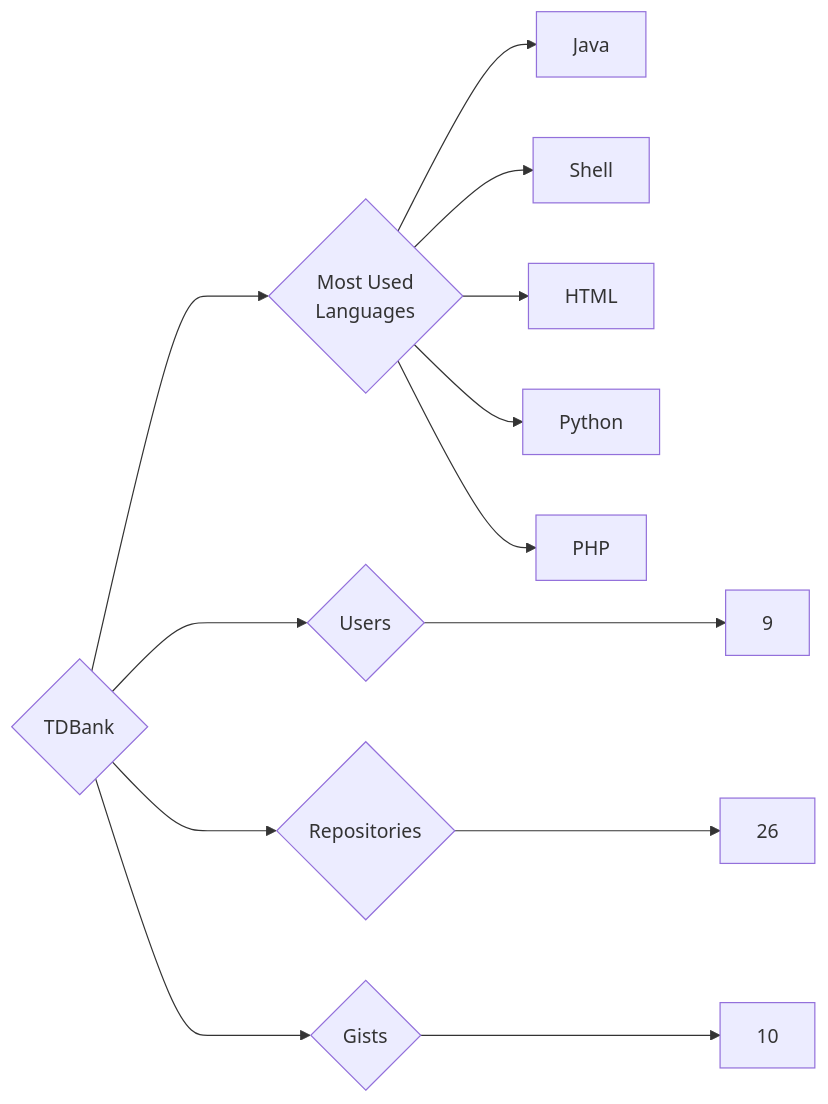
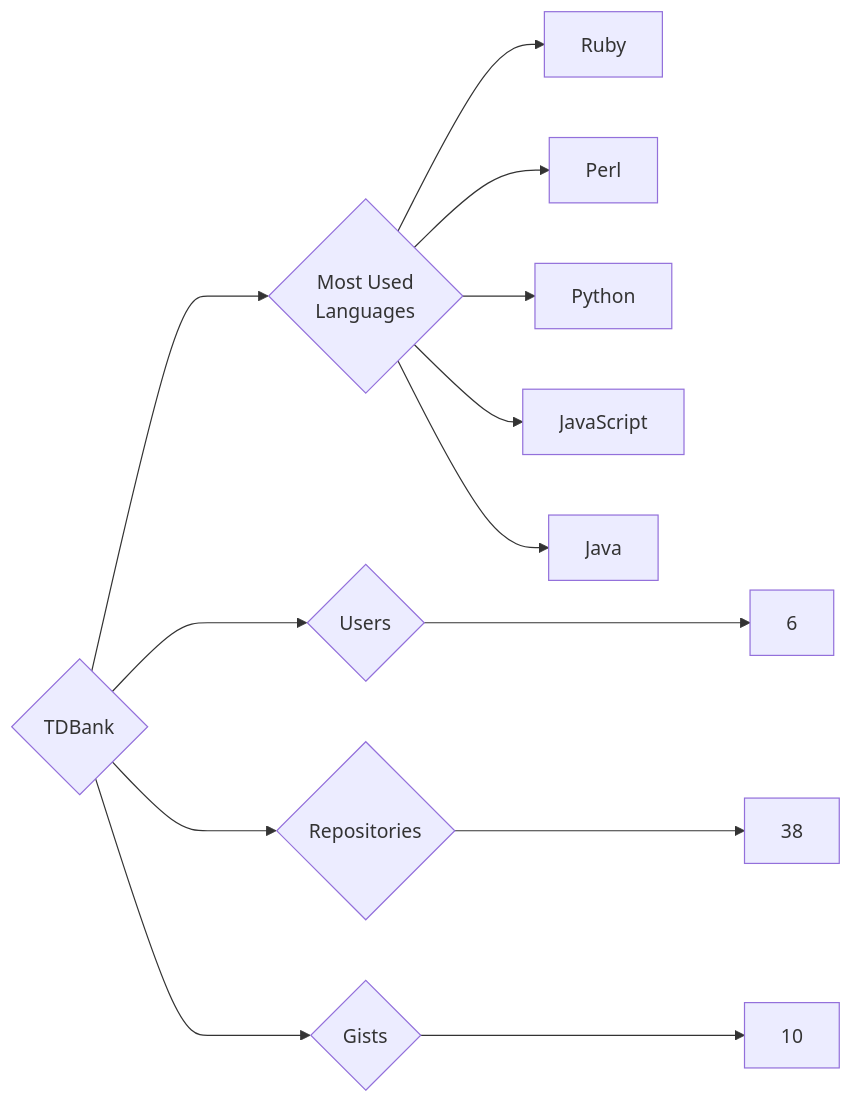
The diagram in targets/TDBank/README.md (trickest/insiders), drawn with Mermaid before and after one commit. The commit also changed 1248 other files, not shown here.

````diff
--- a/targets/TDBank/README.md
+++ b/targets/TDBank/README.md
@@ -3,13 +3,13 @@
 ```mermaid
 graph LR
 COMPANY_NAME{TDBank}
-COMPANY_NAME ---> U{Users} ---> UN[9]
-COMPANY_NAME ---> R{Repositories} ---> RN[26]
+COMPANY_NAME ---> U{Users} ---> UN[6]
+COMPANY_NAME ---> R{Repositories} ---> RN[38]
 COMPANY_NAME ---> G{Gists} ---> GN[10]
 COMPANY_NAME ---> ML{Most Used<br>Languages}
+ML --> Ruby[Ruby]
+ML --> Perl[Perl]
+ML --> Python[Python]
+ML --> JavaScript[JavaScript]
 ML --> Java[Java]
-ML --> Shell[Shell]
-ML --> HTML[HTML]
-ML --> Python[Python]
-ML --> PHP[PHP]
 ```
````
